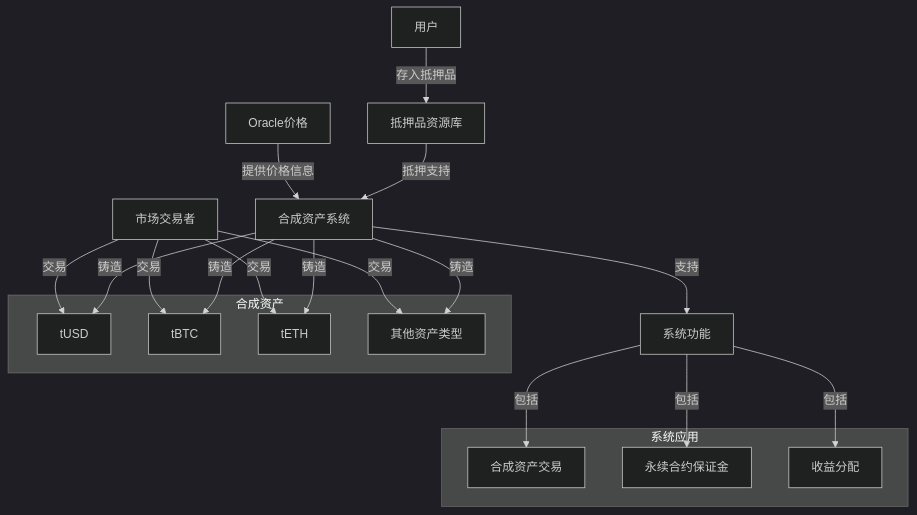
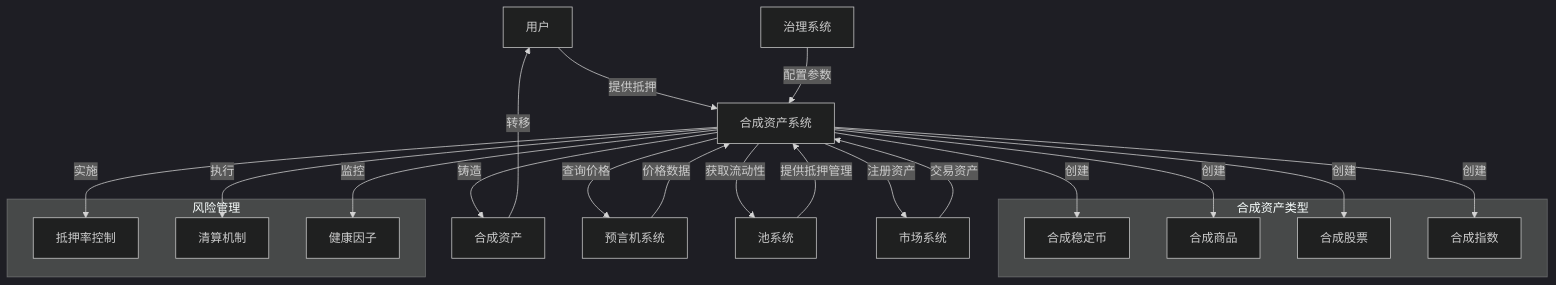
The diagram in app/architecturalanalysis/synthetic/page.mdx (OlendDAO/TriplexDoc), drawn with Mermaid (dark theme) before and after one commit. The commit also changed other lines of this file and 8 other files, not shown here.

````diff
--- a/app/architecturalanalysis/synthetic/page.mdx
+++ b/app/architecturalanalysis/synthetic/page.mdx
@@ -27,35 +68,39 @@
 ```mermaid
 graph TD
-    A[用户] -->|存入抵押品| B[抵押品资源库]
-    B -->|抵押支持| C[合成资产系统]
+    A[用户] -->|提供抵押| B[合成资产系统]
+    B -->|铸造| C[合成资产]
+    C -->|转移| A
     
-    C -->|铸造| D[tUSD]
-    C -->|铸造| E[tBTC]
-    C -->|铸造| F[tETH]
-    C -->|铸造| G[其他资产类型]
+    B -->|查询价格| D[预言机系统]
+    D -->|价格数据| B
     
-    H[Oracle价格] -->|提供价格信息| C
+    B -->|获取流动性| E[池系统]
+    E -->|提供抵押管理| B
     
-    C -->|支持| I[系统功能]
-    I -->|包括| J[合成资产交易]
-    I -->|包括| K[永续合约保证金]
-    I -->|包括| L[收益分配]
+    B -->|注册资产| F[市场系统]
+    F -->|交易资产| B
     
-    M[市场交易者] -->|交易| D
-    M -->|交易| E
-    M -->|交易| F
-    M -->|交易| G
+    G[治理系统] -->|配置参数| B
     
-    subgraph 合成资产
-        D
-        E
-        F
-        G
+    subgraph 合成资产类型
+        H[合成稳定币]
+        I[合成商品]
+        J[合成股票]
+        K[合成指数]
     end
     
-    subgraph 系统应用
-        J
-        K
-        L
+    B -->|创建| H
+    B -->|创建| I
+    B -->|创建| J
+    B -->|创建| K
+    
+    subgraph 风险管理
+        L[抵押率控制]
+        M[清算机制]
+        N[健康因子]
     end
+    
+    B -->|实施| L
+    B -->|执行| M
+    B -->|监控| N
 ```
````
